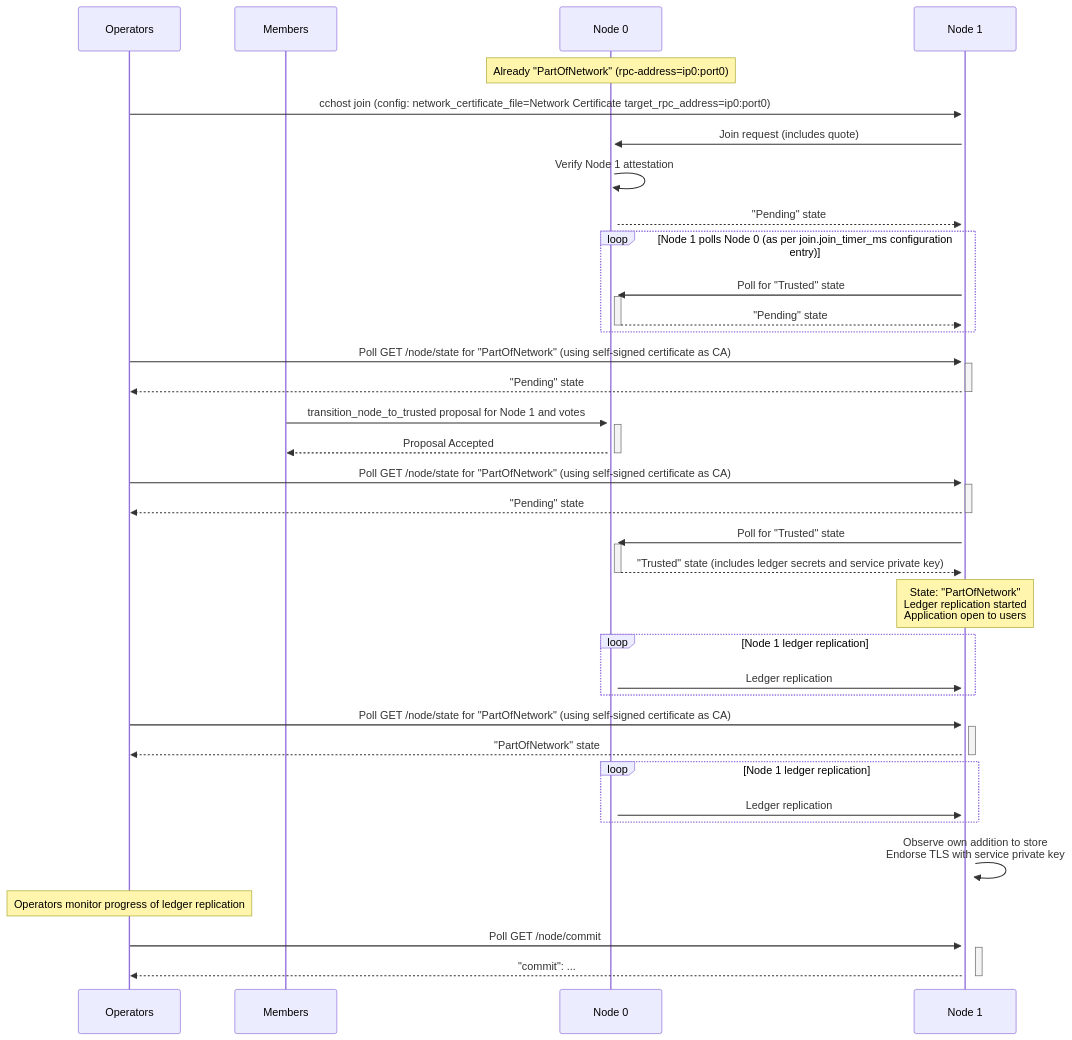
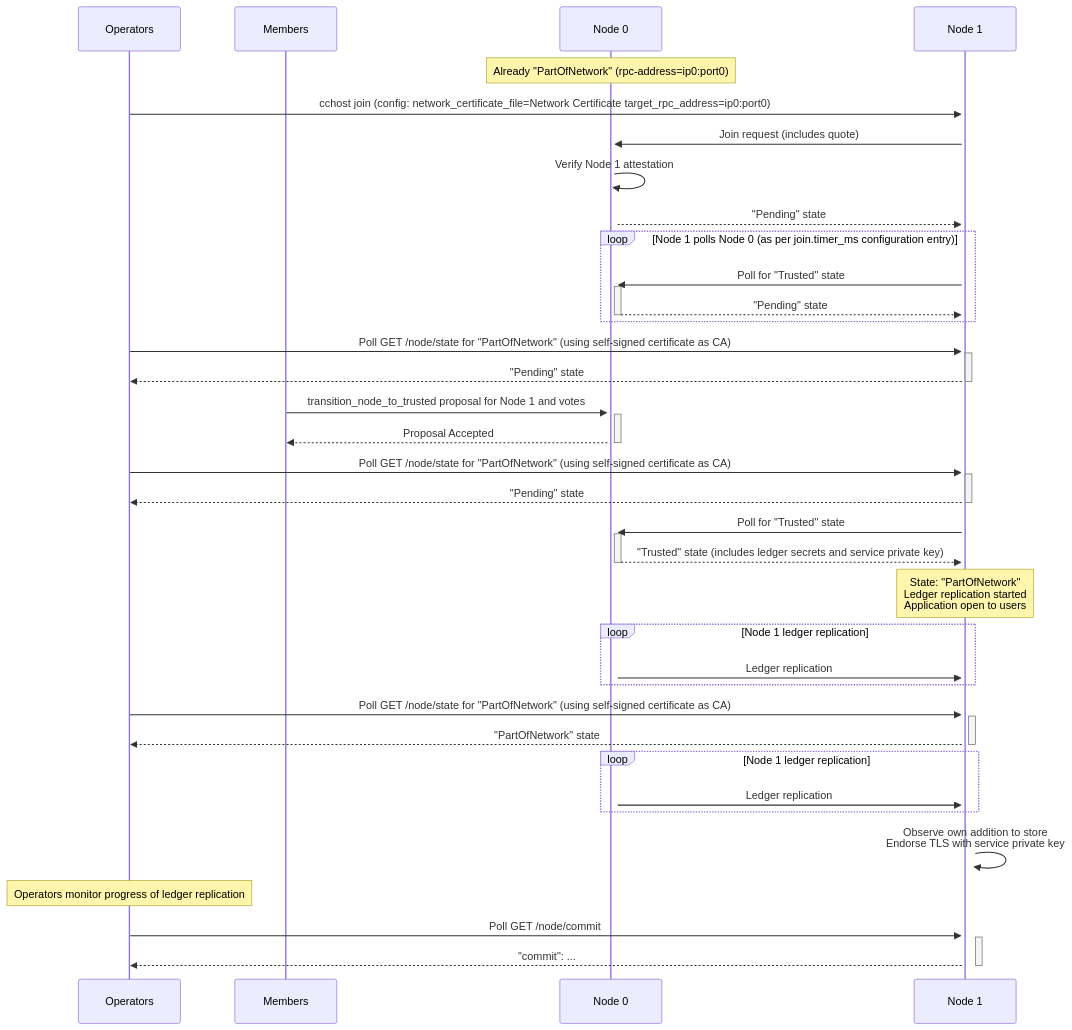
The third of 3 diagrams in doc/operations/start_network.rst (microsoft/CCF), drawn with Mermaid before and after one commit. The commit also changed other lines of this file and 8 other files, not shown here.

Commit message:
Join timer rename

```diff
--- a/doc/operations/start_network.rst
+++ b/doc/operations/start_network.rst
@@ -71,51 +71,51 @@
 .. mermaid::
 
     sequenceDiagram
         participant Operators
         participant Members
         participant Node 0
         participant Node 1
 
         Note over Node 0: Already "PartOfNetwork" (rpc-address=ip0:port0)
 
         Operators->>+Node 1: cchost join (config: network_certificate_file=Network Certificate target_rpc_address=ip0:port0)
 
         Node 1->>+Node 0: Join request (includes quote)
         Node 0->>+Node 0: Verify Node 1 attestation
         Node 0-->>Node 1: "Pending" state
 
-        loop Node 1 polls Node 0 (as per join.join_timer_ms configuration entry)
+        loop Node 1 polls Node 0 (as per join.timer_ms configuration entry)
             Node 1->>+Node 0: Poll for "Trusted" state
             Node 0-->>-Node 1: "Pending" state
         end
 
         Operators->>+Node 1: Poll GET /node/state for "PartOfNetwork" (using self-signed certificate as CA)
         Node 1-->>-Operators: "Pending" state
 
         Members->>+Node 0: transition_node_to_trusted proposal for Node 1 and votes
         Node 0-->>-Members: Proposal Accepted
 
         Operators->>+Node 1: Poll GET /node/state for "PartOfNetwork" (using self-signed certificate as CA)
         Node 1-->>-Operators: "Pending" state
 
         Node 1->>+Node 0: Poll for "Trusted" state
         Node 0-->>-Node 1: "Trusted" state (includes ledger secrets and service private key)
 
         Note over Node 1: State: "PartOfNetwork" <br/> Ledger replication started <br/> Application open to users
 
         loop Node 1 ledger replication
             Node 0->>+Node 1: Ledger replication
         end
 
         Operators->>+Node 1: Poll GET /node/state for "PartOfNetwork" (using self-signed certificate as CA)
         Node 1-->>-Operators: "PartOfNetwork" state
 
         loop Node 1 ledger replication
             Node 0->>+Node 1: Ledger replication
         end
 
         Node 1->>+Node 1: Observe own addition to store <br> Endorse TLS with service private key
 
         Note over Operators: Operators monitor progress of ledger replication
         Operators->>+Node 1: Poll GET /node/commit
         Node 1-->>-Operators: "commit": ...
```
